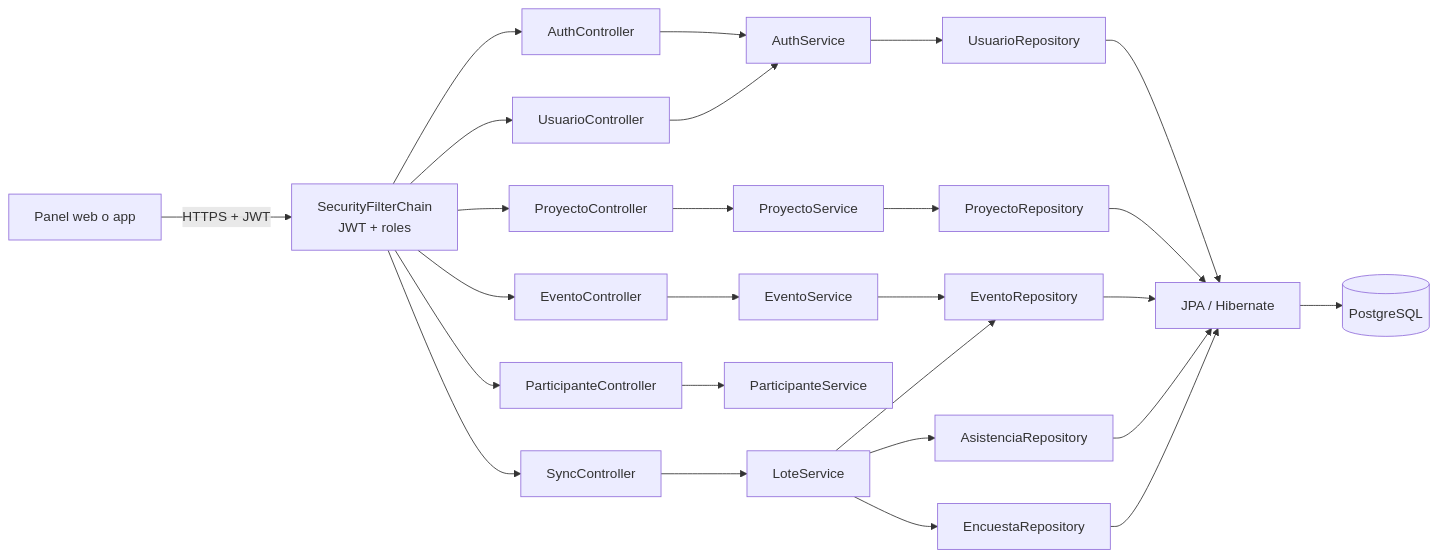
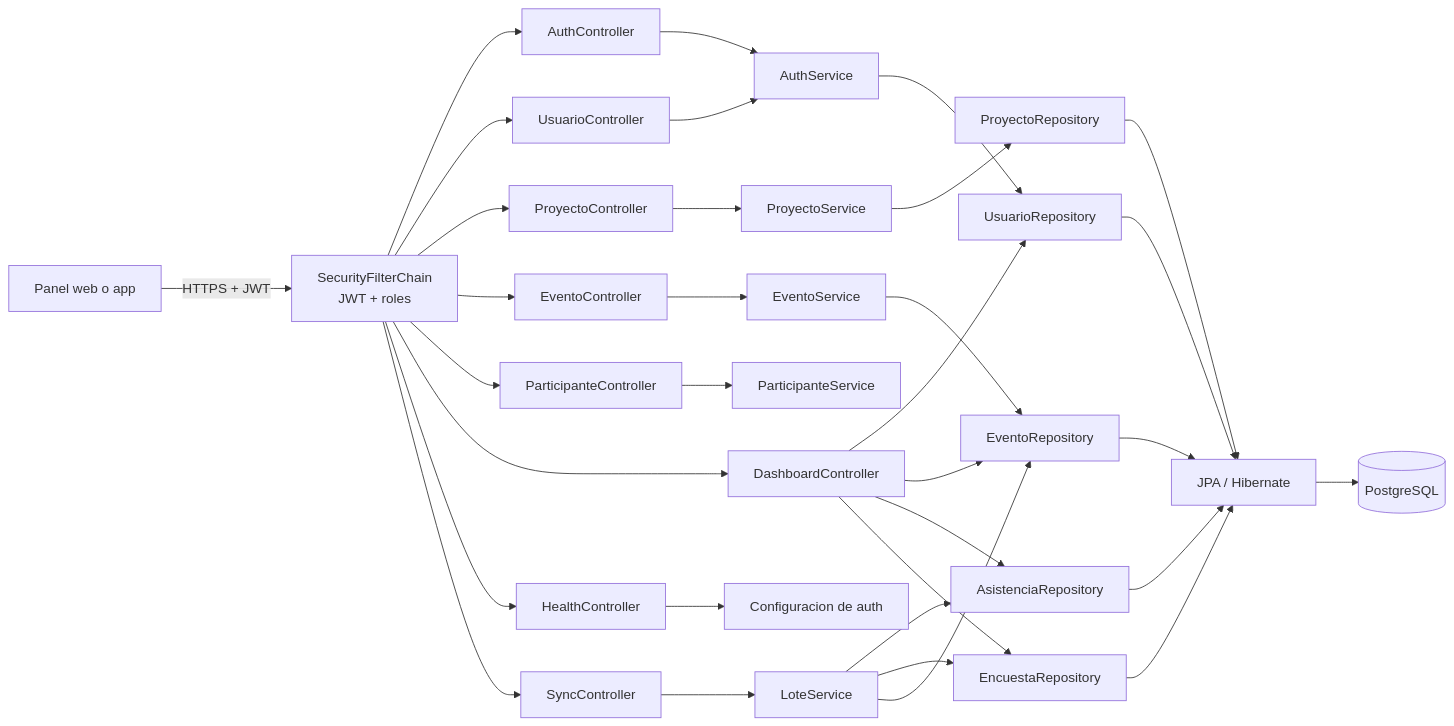
Before and after one commit to jorgeCisternasDev/syncpass-api: the third of 6 diagrams in docs/ARQUITECTURA-C4.md, drawn with Mermaid. The commit also changed other lines of this file, not shown here.

Commit message:
Docs: C4 con dashboard y salud; README de deploy

````diff
--- a/docs/ARQUITECTURA-C4.md
+++ b/docs/ARQUITECTURA-C4.md
@@ -53,31 +53,39 @@
 ```mermaid
 flowchart LR
     cliente[Panel web o app] -->|HTTPS + JWT| seguridad[SecurityFilterChain<br/>JWT + roles]
     seguridad --> auth[AuthController]
     seguridad --> usuarios[UsuarioController]
     seguridad --> proyectos[ProyectoController]
     seguridad --> eventos[EventoController]
     seguridad --> participantes[ParticipanteController]
+    seguridad --> dashboard[DashboardController]
+    seguridad --> health[HealthController]
     seguridad --> sync[SyncController]
 
     auth --> authService[AuthService]
     usuarios --> authService
     proyectos --> proyectoService[ProyectoService]
     eventos --> eventoService[EventoService]
     participantes --> participanteService[ParticipanteService]
     sync --> loteService[LoteService]
 
     authService --> usuarioRepo[UsuarioRepository]
     proyectoService --> proyectoRepo[ProyectoRepository]
     eventoService --> eventoRepo[EventoRepository]
     loteService --> asistenciaRepo[AsistenciaRepository]
     loteService --> encuestaRepo[EncuestaRepository]
     loteService --> eventoRepo
 
+    dashboard --> usuarioRepo
+    dashboard --> eventoRepo
+    dashboard --> asistenciaRepo
+    dashboard --> encuestaRepo
+    health --> config[Configuracion de auth]
+
     usuarioRepo --> jpa[JPA / Hibernate]
     proyectoRepo --> jpa
     eventoRepo --> jpa
     asistenciaRepo --> jpa
     encuestaRepo --> jpa
     jpa --> db[(PostgreSQL)]
 ```
````
